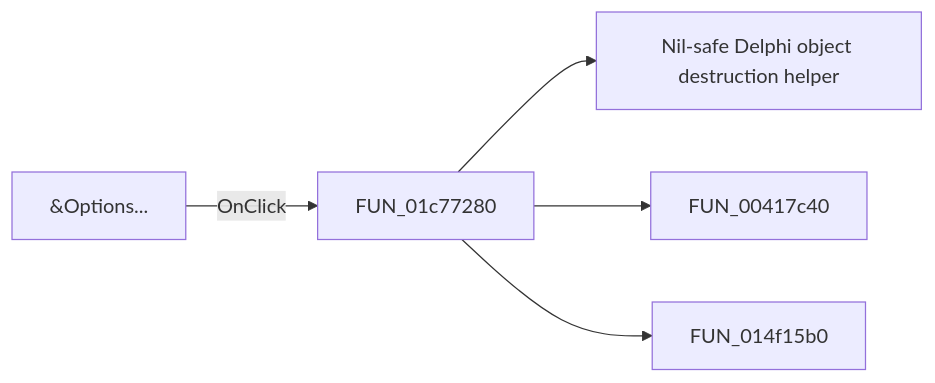
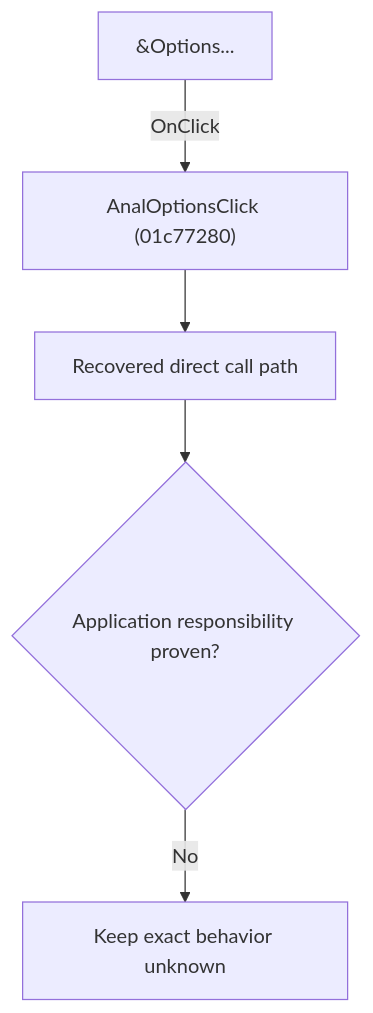
One commit to MovGP0/TIARA changed the diagram in docs/ui-controls/schematiceditor/analoptions-42e21fd291.md. Above: the diagram before and after it, drawn with Mermaid. The commit also changed other lines of this file and 1062 other files, not shown here.

````diff
--- a/docs/ui-controls/schematiceditor/analoptions-42e21fd291.md
+++ b/docs/ui-controls/schematiceditor/analoptions-42e21fd291.md
@@ -27,7 +27,7 @@
 ```mermaid
-flowchart LR
-    control["&Options..."] -->|OnClick| handler["FUN_01c77280"]
-    handler --> call1["Nil-safe Delphi object destruction helper"]
-    handler --> call2["FUN_00417c40"]
-    handler --> call3["FUN_014f15b0"]
+flowchart TD
+    control["&Options..."] -->|"OnClick"| handler["AnalOptionsClick (01c77280)"]
+    handler --> recovered["Recovered direct call path"]
+    recovered --> gap{"Application responsibility proven?"}
+    gap -->|"No"| blocked["Keep exact behavior unknown"]
 ```
````
